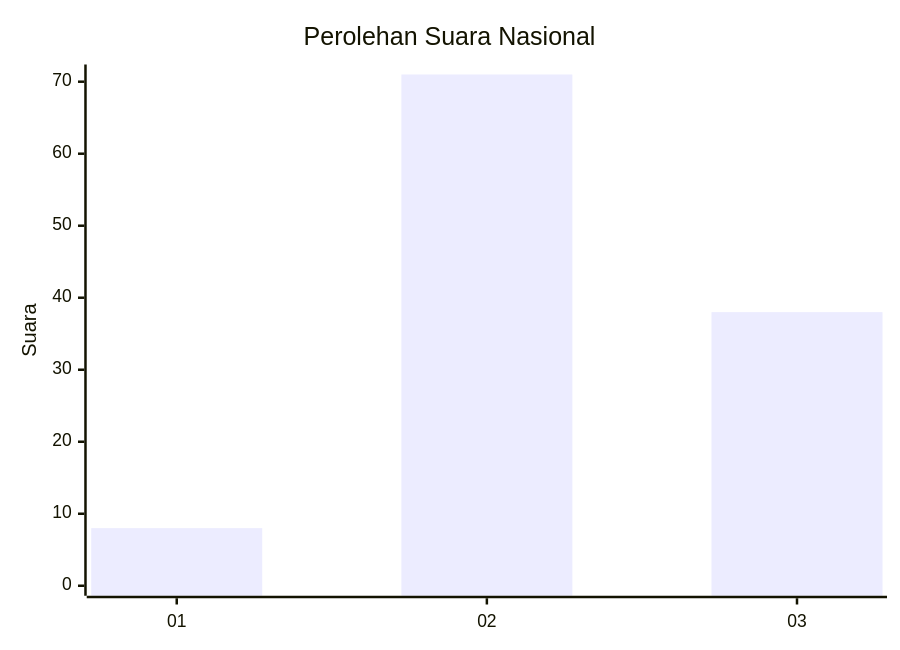
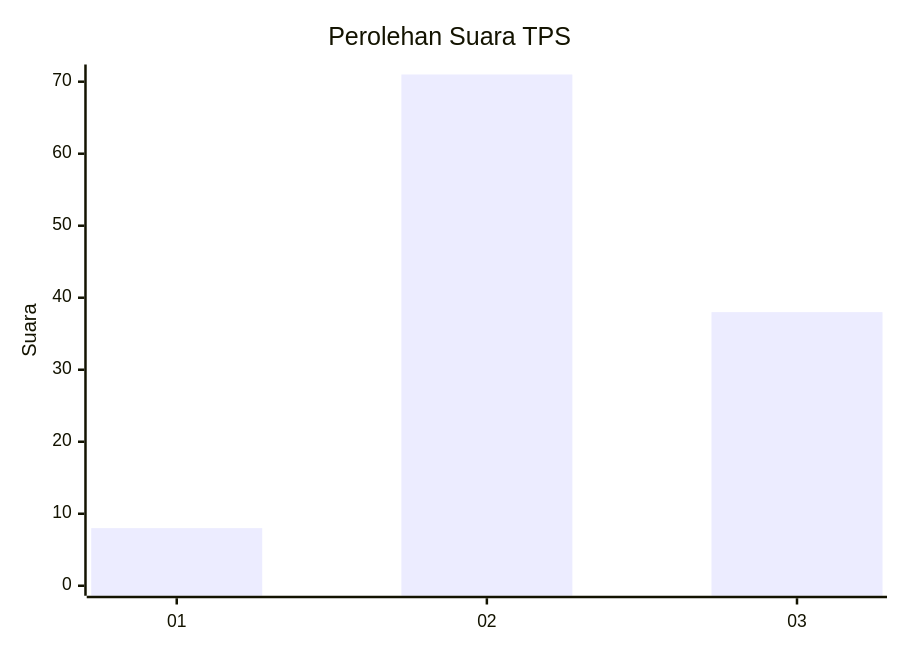
The first of 2 diagrams in pilpres/hitung-suara/sub/53-nusa-tenggara-timur/sub/06-flores-timur/sub/06-solor-barat/sub/2013-karawatung/sub/002-tps/README.md (gigit-pemilu/pemilu-2024-53-nusa-tenggara-timur), drawn with Mermaid before and after one commit. The commit also changed other lines of this file and 11424 other files, not shown here.

````diff
--- a/pilpres/hitung-suara/sub/53-nusa-tenggara-timur/sub/06-flores-timur/sub/06-solor-barat/sub/2013-karawatung/sub/002-tps/README.md
+++ b/pilpres/hitung-suara/sub/53-nusa-tenggara-timur/sub/06-flores-timur/sub/06-solor-barat/sub/2013-karawatung/sub/002-tps/README.md
@@ -5,7 +5,7 @@
 ```mermaid
 xychart-beta
-    title "Perolehan Suara Nasional"
+    title "Perolehan Suara TPS"
     x-axis [01, 02, 03]
     y-axis "Suara" 0 --> 71
     bar [8, 71, 38]
 ```
````
